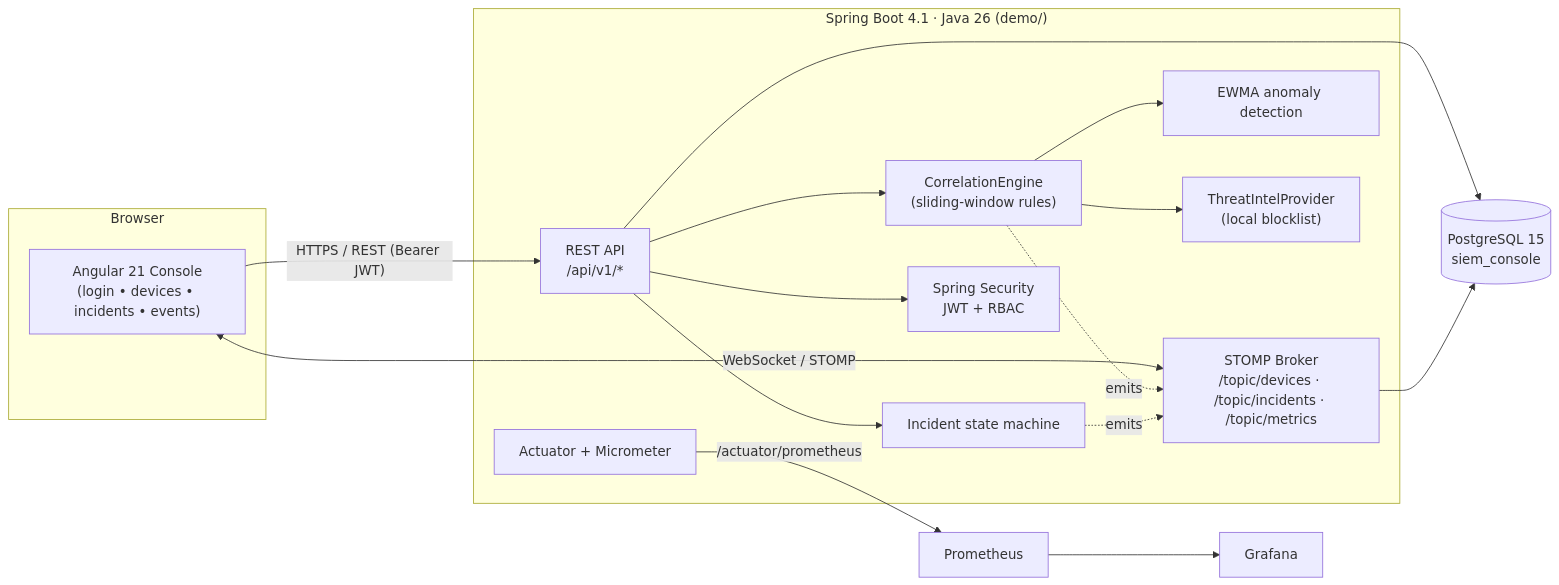
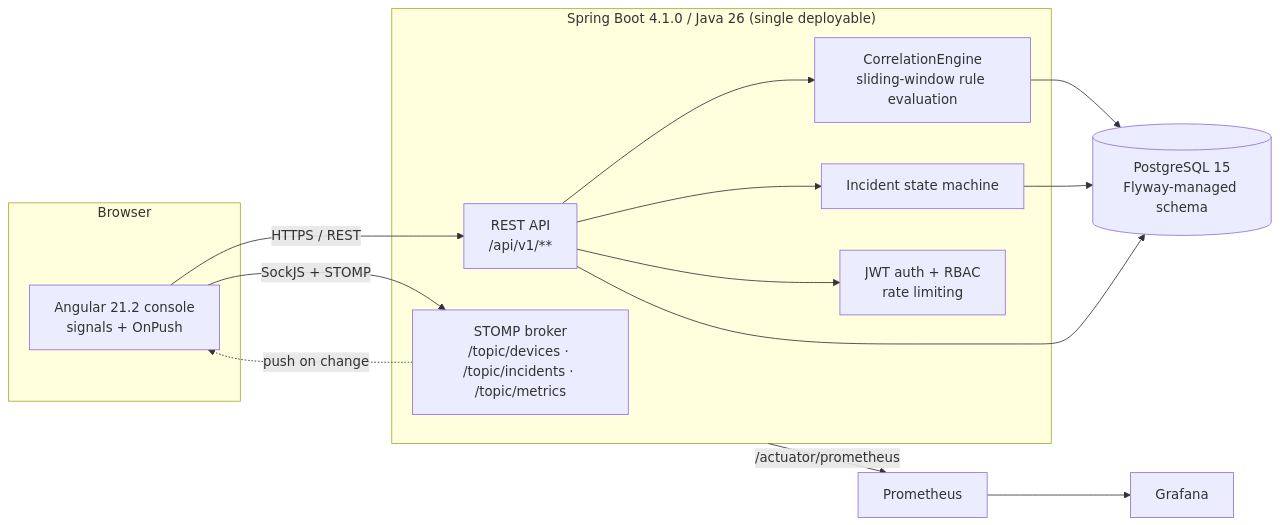
The diagram in readme.md (ayberkaarda/enterprise-network-siem-console), drawn with Mermaid before and after one commit. The commit also changed other lines of this file and 1 other file, not shown here.

````diff
--- a/readme.md
+++ b/readme.md
@@ -40,35 +36,30 @@
 ```mermaid
 flowchart LR
-    subgraph Client["Browser"]
-        UI["Angular 21 Console<br/>(login • devices • incidents • events)"]
+    subgraph Browser
+        UI["Angular 21.2 console<br/>signals + OnPush"]
     end
 
-    subgraph Backend["Spring Boot 4.1 · Java 26 (demo/)"]
-        REST["REST API<br/>/api/v1/*"]
-        WS["STOMP Broker<br/>/topic/devices · /topic/incidents · /topic/metrics"]
-        CORR["CorrelationEngine<br/>(sliding-window rules)"]
-        INC["Incident state machine"]
-        ANOM["EWMA anomaly detection"]
-        TI["ThreatIntelProvider<br/>(local blocklist)"]
-        SEC["Spring Security<br/>JWT + RBAC"]
-        ACT["Actuator + Micrometer"]
+    subgraph Backend["Spring Boot 4.1.0 / Java 26 (single deployable)"]
+        REST["REST API<br/>/api/v1/**"]
+        WS["STOMP broker<br/>/topic/devices · /topic/incidents · /topic/metrics"]
+        ENGINE["CorrelationEngine<br/>sliding-window rule evaluation"]
+        SM["Incident state machine"]
+        SEC["JWT auth + RBAC<br/>rate limiting"]
     end
 
-    DB[("PostgreSQL 15<br/>siem_console")]
+    DB[("PostgreSQL 15<br/>Flyway-managed schema")]
     PROM["Prometheus"]
     GRAF["Grafana"]
 
-    UI -- "HTTPS / REST (Bearer JWT)" --> REST
-    UI <-- "WebSocket / STOMP" --> WS
+    UI -- "HTTPS / REST" --> REST
+    UI -- "SockJS + STOMP" --> WS
     REST --> SEC
-    REST --> CORR
-    REST --> INC
-    CORR --> TI
-    CORR --> ANOM
+    REST --> ENGINE
+    REST --> SM
+    ENGINE --> DB
+    SM --> DB
     REST --> DB
-    WS --> DB
-    ACT -- "/actuator/prometheus" --> PROM
+    WS -.->|"push on change"| UI
+    Backend -- "/actuator/prometheus" --> PROM
     PROM --> GRAF
-    CORR -. "emits" .-> WS
-    INC -. "emits" .-> WS
 ```
````
